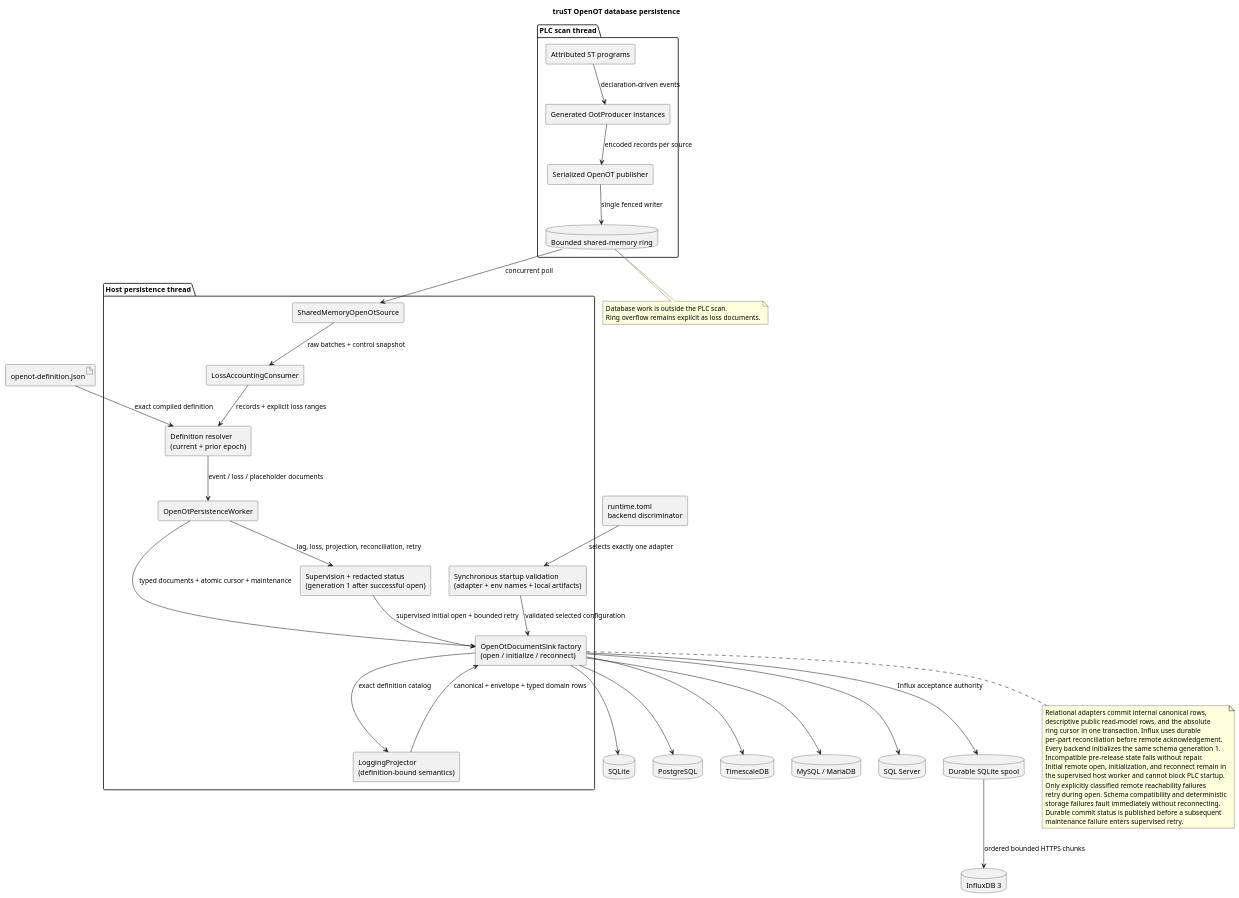
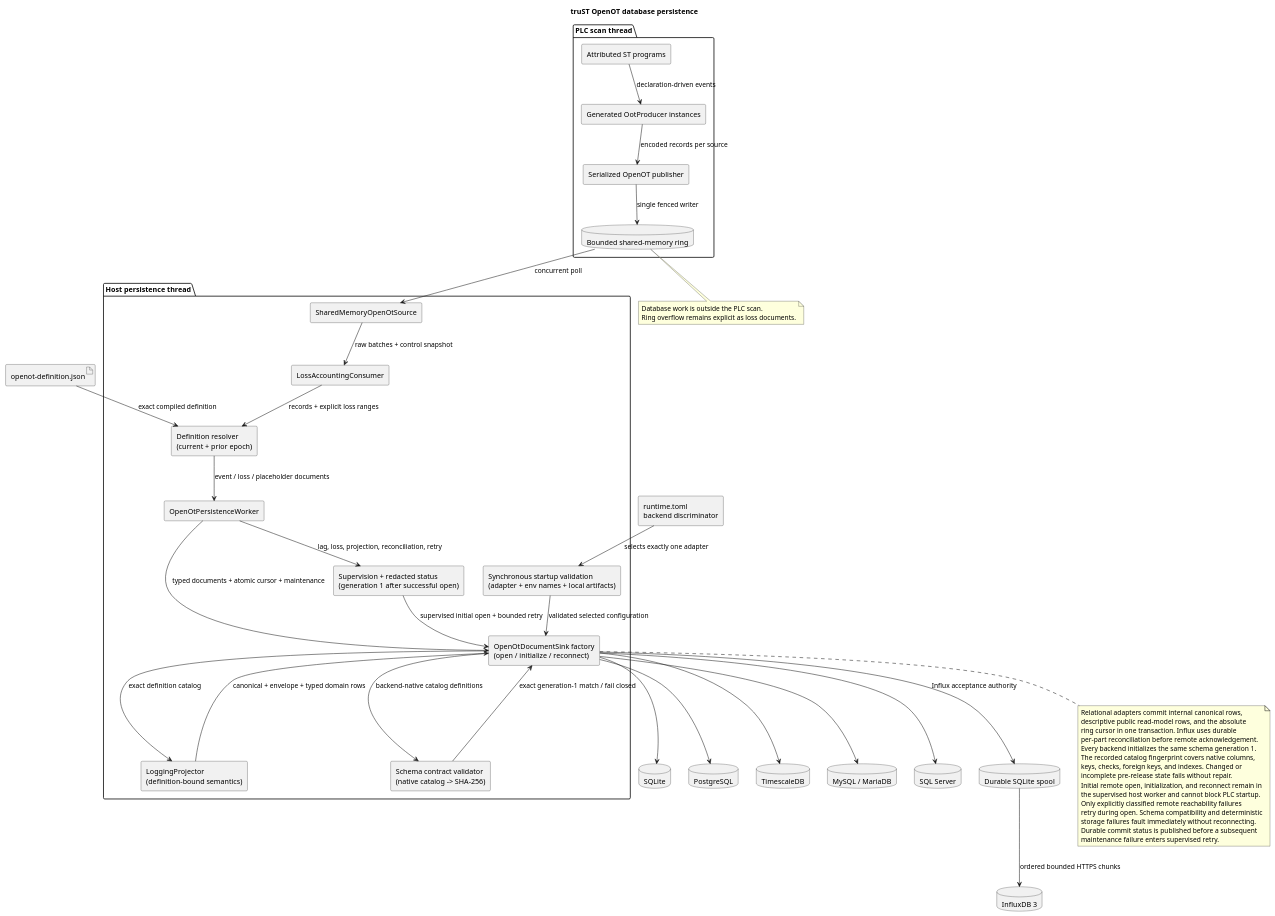
One commit to johannesPettersson80/trust-platform changed the diagram in docs/diagrams/architecture/openot-database-persistence.puml. Above: the diagram before and after it, drawn with PlantUML. The commit also changed 20 other files, not shown here.

Commit message:
Harden OpenOT initial database schema contract

```diff
--- a/docs/diagrams/architecture/openot-database-persistence.puml
+++ b/docs/diagrams/architecture/openot-database-persistence.puml
@@ -1,77 +1,82 @@
 @startuml
 title truST OpenOT database persistence
 skinparam componentStyle rectangle
 
 package "PLC scan thread" {
   component "Attributed ST programs" as st
   component "Generated OotProducer instances" as producers
   component "Serialized OpenOT publisher" as publisher
   database "Bounded shared-memory ring" as ring
   st --> producers : declaration-driven events
   producers --> publisher : encoded records per source
   publisher --> ring : single fenced writer
 }
 
 package "Host persistence thread" {
   component "SharedMemoryOpenOtSource" as source
   component "LossAccountingConsumer" as loss
   component "Definition resolver\n(current + prior epoch)" as resolver
   component "OpenOtPersistenceWorker" as worker
   component "LoggingProjector\n(definition-bound semantics)" as projector
   component "Synchronous startup validation\n(adapter + env names + local artifacts)" as startup
   component "OpenOtDocumentSink factory\n(open / initialize / reconnect)" as factory
+  component "Schema contract validator\n(native catalog -> SHA-256)" as schema
   component "Supervision + redacted status\n(generation 1 after successful open)" as status
   ring --> source : concurrent poll
   source --> loss : raw batches + control snapshot
   loss --> resolver : records + explicit loss ranges
   resolver --> worker : event / loss / placeholder documents
   startup --> factory : validated selected configuration
   status --> factory : supervised initial open + bounded retry
   worker --> factory : typed documents + atomic cursor + maintenance
+  factory --> schema : backend-native catalog definitions
+  schema --> factory : exact generation-1 match / fail closed
   factory --> projector : exact definition catalog
   projector --> factory : canonical + envelope + typed domain rows
   worker --> status : lag, loss, projection, reconciliation, retry
 }
 
 artifact "openot-definition.json" as definition
 component "runtime.toml\nbackend discriminator" as toml
 definition --> resolver : exact compiled definition
 toml --> startup : selects exactly one adapter
 
 database "SQLite" as sqlite
 database "PostgreSQL" as postgres
 database "TimescaleDB" as timescale
 database "MySQL / MariaDB" as mysql
 database "SQL Server" as sqlserver
 database "InfluxDB 3" as influx
 database "Durable SQLite spool" as spool
 
 factory --> sqlite
 factory --> postgres
 factory --> timescale
 factory --> mysql
 factory --> sqlserver
 factory --> spool : Influx acceptance authority
 spool --> influx : ordered bounded HTTPS chunks
 
 note bottom of ring
 Database work is outside the PLC scan.
 Ring overflow remains explicit as loss documents.
 end note
 
 note bottom of factory
 Relational adapters commit internal canonical rows,
 descriptive public read-model rows, and the absolute
 ring cursor in one transaction. Influx uses durable
 per-part reconciliation before remote acknowledgement.
 Every backend initializes the same schema generation 1.
-Incompatible pre-release state fails without repair.
+The recorded catalog fingerprint covers native columns,
+keys, checks, foreign keys, and indexes. Changed or
+incomplete pre-release state fails without repair.
 Initial remote open, initialization, and reconnect remain in
 the supervised host worker and cannot block PLC startup.
 Only explicitly classified remote reachability failures
 retry during open. Schema compatibility and deterministic
 storage failures fault immediately without reconnecting.
 Durable commit status is published before a subsequent
 maintenance failure enters supervised retry.
 end note
 @enduml
```
